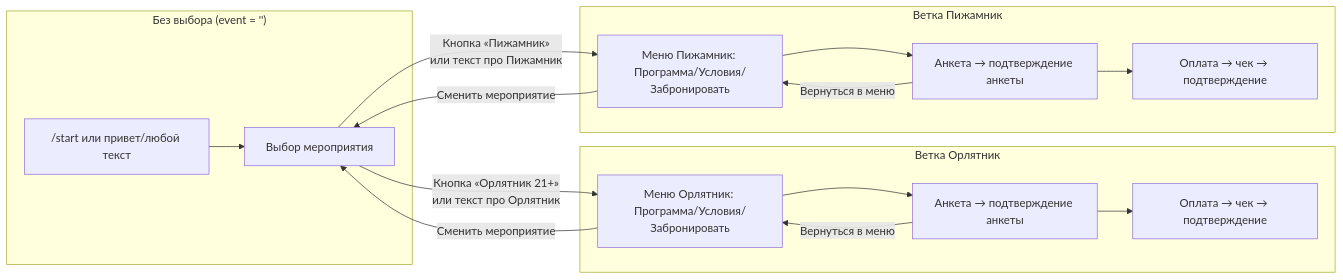
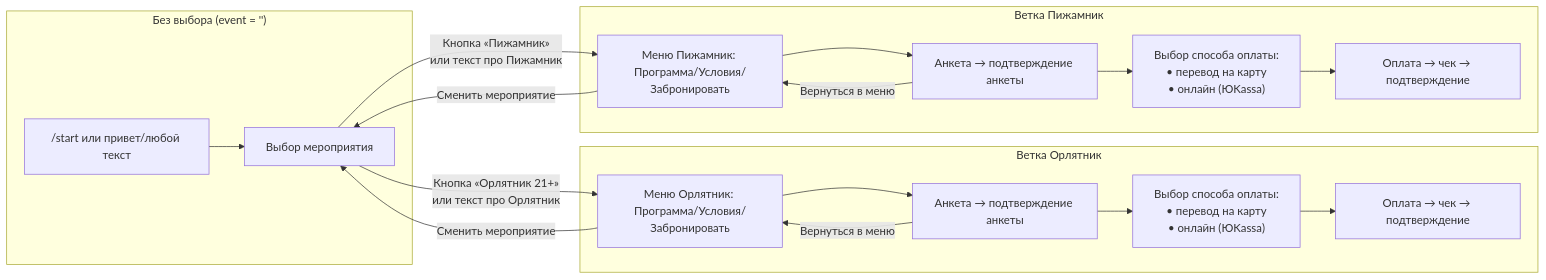
The diagram in docs/dialog-flow.md (segalisin21/orlyatnik-bot), drawn with Mermaid before and after one commit. The commit also changed other lines of this file and 4 other files, not shown here.

````diff
--- a/docs/dialog-flow.md
+++ b/docs/dialog-flow.md
@@ -5,33 +5,37 @@
 ```mermaid
 flowchart LR
   subgraph noEvent ["Без выбора (event = '')"]
     Start["/start или привет/любой текст"]
     Choice["Выбор мероприятия"]
     Start --> Choice
   end
 
   subgraph orlyatnikBranch ["Ветка Орлятник"]
     OMenu["Меню Орлятник: Программа/Условия/Забронировать"]
     OForm["Анкета → подтверждение анкеты"]
+    OPayChoice["Выбор способа оплаты:\n• перевод на карту\n• онлайн (ЮKassa)"]
     OPay["Оплата → чек → подтверждение"]
     OMenu --> OForm
-    OForm --> OPay
+    OForm --> OPayChoice
+    OPayChoice --> OPay
   end
 
   subgraph pizhamnikBranch ["Ветка Пижамник"]
     PMenu["Меню Пижамник: Программа/Условия/Забронировать"]
     PForm["Анкета → подтверждение анкеты"]
+    PPayChoice["Выбор способа оплаты:\n• перевод на карту\n• онлайн (ЮKassa)"]
     PPay["Оплата → чек → подтверждение"]
     PMenu --> PForm
-    PForm --> PPay
+    PForm --> PPayChoice
+    PPayChoice --> PPay
   end
 
   Choice -->|"Кнопка «Орлятник 21+»\nили текст про Орлятник"| OMenu
   Choice -->|"Кнопка «Пижамник»\nили текст про Пижамник"| PMenu
 
   OMenu -->|"Сменить мероприятие"| Choice
   PMenu -->|"Сменить мероприятие"| Choice
 
   OForm -->|"Вернуться в меню"| OMenu
   PForm -->|"Вернуться в меню"| PMenu
 ```
````
